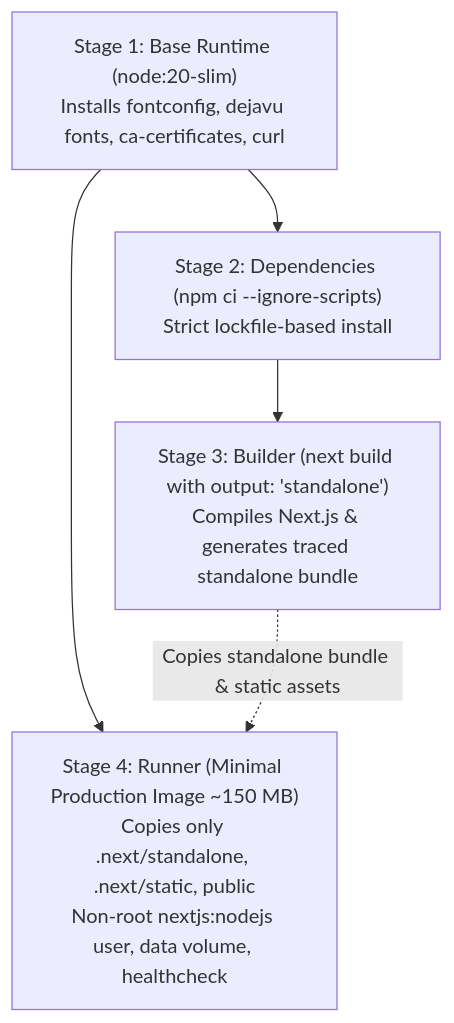
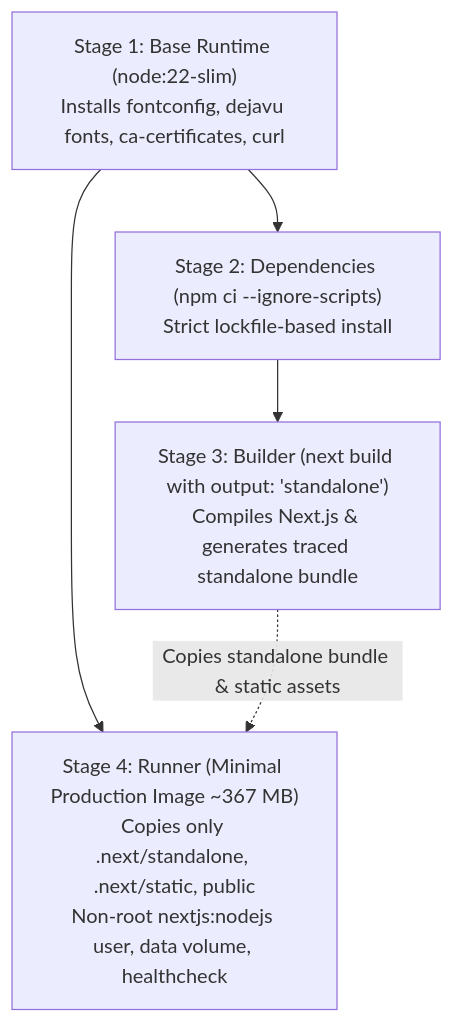
Before and after one commit to Aarathi1535/assignment_evaluation-IIIT-Hyd: the diagram in docs/DOCKER.md, drawn with Mermaid. The commit also changed other lines of this file and 5 other files, not shown here.

````diff
--- a/docs/DOCKER.md
+++ b/docs/DOCKER.md
@@ -30,12 +30,12 @@
 ```mermaid
 flowchart TD
-    Base["Stage 1: Base Runtime (node:20-slim)<br>Installs fontconfig, dejavu fonts, ca-certificates, curl"]
+    Base["Stage 1: Base Runtime (node:22-slim)<br>Installs fontconfig, dejavu fonts, ca-certificates, curl"]
     Deps["Stage 2: Dependencies (npm ci --ignore-scripts)<br>Strict lockfile-based install"]
     Builder["Stage 3: Builder (next build with output: 'standalone')<br>Compiles Next.js & generates traced standalone bundle"]
-    Runner["Stage 4: Runner (Minimal Production Image ~150 MB)<br>Copies only .next/standalone, .next/static, public<br>Non-root nextjs:nodejs user, data volume, healthcheck"]
+    Runner["Stage 4: Runner (Minimal Production Image ~367 MB)<br>Copies only .next/standalone, .next/static, public<br>Non-root nextjs:nodejs user, data volume, healthcheck"]
 
     Base --> Deps
     Deps --> Builder
     Base --> Runner
     Builder -.->|Copies standalone bundle & static assets| Runner
 ```
````
